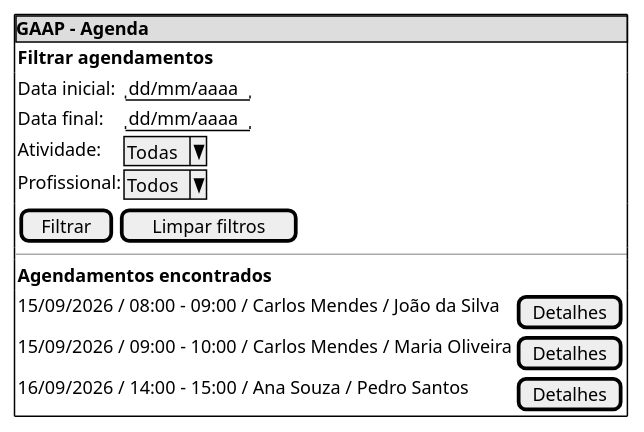
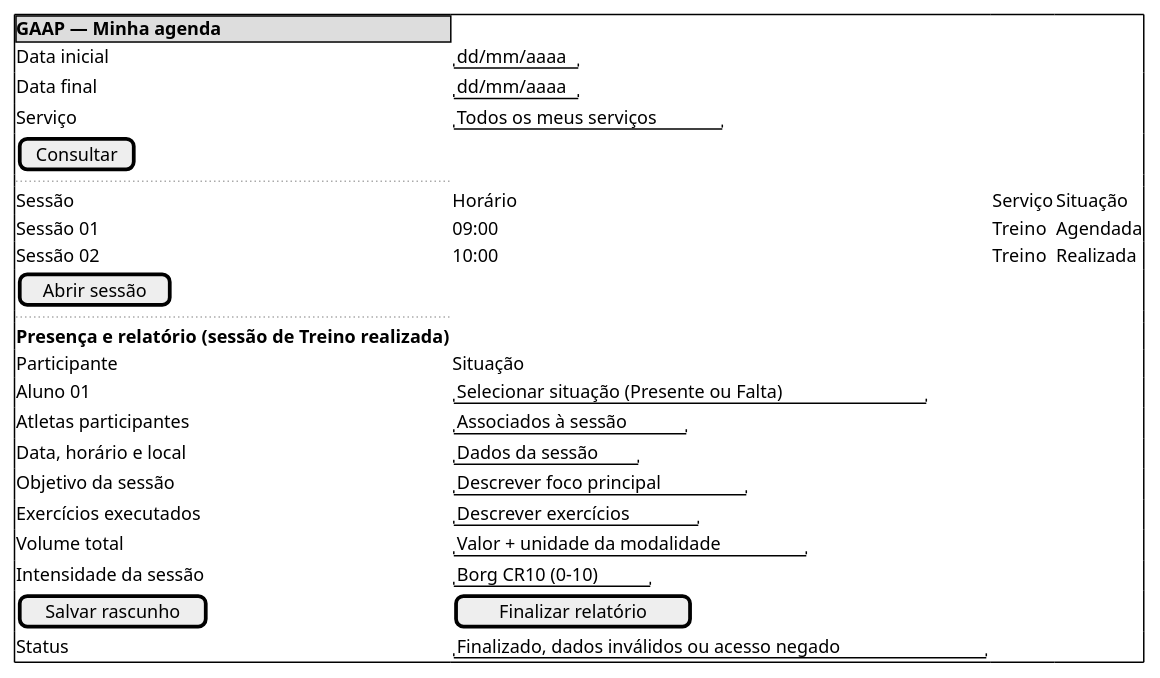
Before and after one commit to Projetos-de-Extensao/PECDII_26.2_8001_I: the fourth of 5 diagrams in docs/Iniciacao/prototipo_baixa_fidelidade.md, drawn with PlantUML. The commit also changed other lines of this file and 15 other files, not shown here.

````diff
--- a/docs/Iniciacao/prototipo_baixa_fidelidade.md
+++ b/docs/Iniciacao/prototipo_baixa_fidelidade.md
@@ -198,34 +83,28 @@
 ```plantuml
 @startsalt
 {+
-    {* <b>GAAP - Agenda}
-
-    {
-        <b>Filtrar agendamentos
-    }
-
-    {
-        Data inicial: | "dd/mm/aaaa"
-        Data final: | "dd/mm/aaaa"
-        Atividade: | ^Todas^
-        Profissional: | ^Todos^
-    }
-
-    {
-        [Filtrar] | [Limpar filtros]
-    }
-
-    --
-
-    {
-        <b>Agendamentos encontrados
-    }
-
-    {
-        15/09/2026 / 08:00 - 09:00 / Carlos Mendes / João da Silva | [Detalhes]
-        15/09/2026 / 09:00 - 10:00 / Carlos Mendes / Maria Oliveira | [Detalhes]
-        16/09/2026 / 14:00 - 15:00 / Ana Souza / Pedro Santos | [Detalhes]
-    }
+  {* <b>GAAP — Minha agenda}
+  Data inicial | "dd/mm/aaaa"
+  Data final | "dd/mm/aaaa"
+  Serviço | "Todos os meus serviços"
+  [Consultar]
+  ..
+  Sessão | Horário | Serviço | Situação
+  Sessão 01 | 09:00 | Treino | Agendada
+  Sessão 02 | 10:00 | Treino | Realizada
+  [Abrir sessão]
+  ..
+  <b>Presença e relatório (sessão de Treino realizada)
+  Participante | Situação
+  Aluno 01 | "Selecionar situação (Presente ou Falta)"
+  Atletas participantes | "Associados à sessão"
+  Data, horário e local | "Dados da sessão"
+  Objetivo da sessão | "Descrever foco principal"
+  Exercícios executados | "Descrever exercícios"
+  Volume total | "Valor + unidade da modalidade"
+  Intensidade da sessão | "Borg CR10 (0–10)"
+  [Salvar rascunho] | [Finalizar relatório]
+  Status | "Finalizado, dados inválidos ou acesso negado"
 }
 @endsalt
 ```
````
